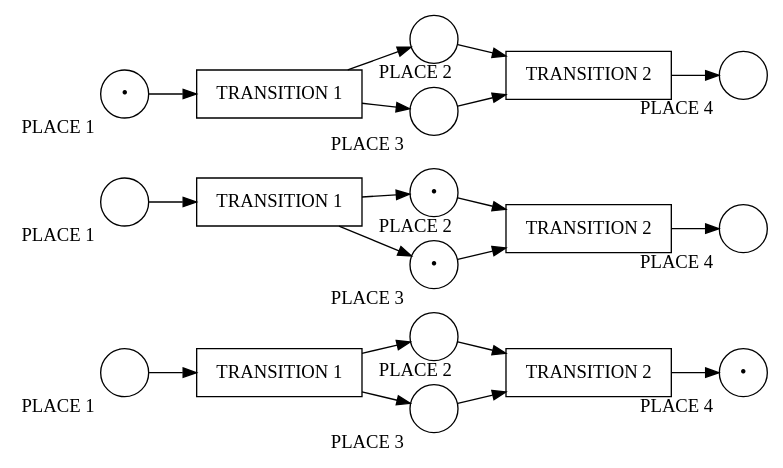
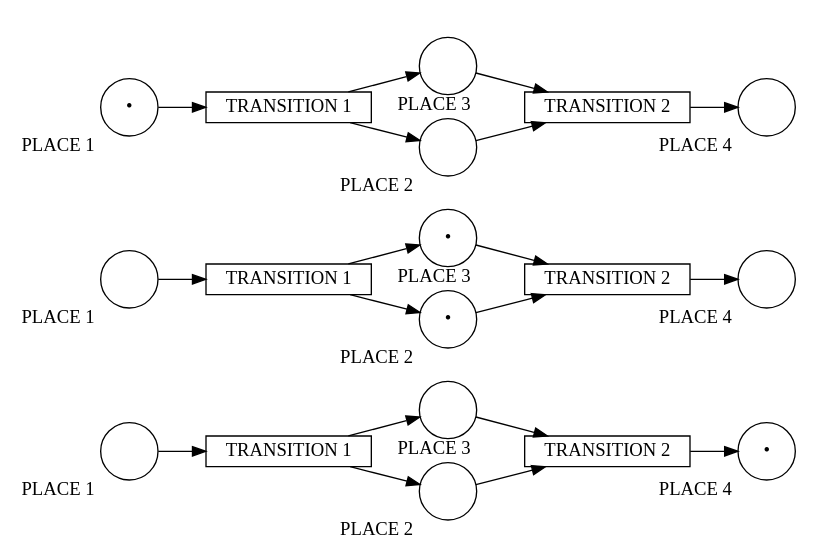
The diagram in dot/petri-net-transition-example.dot (hlisdero/thesis), drawn with Graphviz before and after one commit. The commit also changed 4 other files, not shown here.

```diff
--- a/dot/petri-net-transition-example.dot
+++ b/dot/petri-net-transition-example.dot
@@ -1,41 +1,59 @@
 digraph petrinet {
     rankdir="LR";
-    PLACE_1_A [shape="circle" xlabel="PLACE 1" label=""];
-    PLACE_2_A [shape="circle" xlabel="PLACE 2" label=""];
-    PLACE_3_A [shape="circle" xlabel="PLACE 3" label=""];
-    PLACE_4_A [shape="circle" xlabel="PLACE 4" label="•"];
-    TRANSITION_1_A [shape="box" xlabel="" label="TRANSITION 1"];
-    TRANSITION_2_A [shape="box" xlabel="" label="TRANSITION 2"];
-    PLACE_1_A -> TRANSITION_1_A;
-    TRANSITION_1_A -> PLACE_2_A;
-    TRANSITION_1_A -> PLACE_3_A;
-    PLACE_2_A -> TRANSITION_2_A;
-    PLACE_3_A -> TRANSITION_2_A;
-    TRANSITION_2_A -> PLACE_4_A;
-    
-    PLACE_1_B [shape="circle" xlabel="PLACE 1" label=""];
-    PLACE_2_B [shape="circle" xlabel="PLACE 2" label="•"];
-    PLACE_3_B [shape="circle" xlabel="PLACE 3" label="•"];
-    PLACE_4_B [shape="circle" xlabel="PLACE 4" label=""];
-    TRANSITION_1_B [shape="box" xlabel="" label="TRANSITION 1"];
-    TRANSITION_2_B [shape="box" xlabel="" label="TRANSITION 2"];
-    PLACE_1_B -> TRANSITION_1_B;
-    TRANSITION_1_B -> PLACE_2_B;
-    TRANSITION_1_B -> PLACE_3_B;
-    PLACE_2_B -> TRANSITION_2_B;
-    PLACE_3_B -> TRANSITION_2_B;
-    TRANSITION_2_B -> PLACE_4_B;
-    
-    PLACE_1_C [shape="circle" xlabel="PLACE 1" label="•"];
-    PLACE_2_C [shape="circle" xlabel="PLACE 2" label=""];
-    PLACE_3_C [shape="circle" xlabel="PLACE 3" label=""];
-    PLACE_4_C [shape="circle" xlabel="PLACE 4" label=""];
-    TRANSITION_1_C [shape="box" xlabel="" label="TRANSITION 1"];
-    TRANSITION_2_C [shape="box" xlabel="" label="TRANSITION 2"];
-    PLACE_1_C -> TRANSITION_1_C;
-    TRANSITION_1_C -> PLACE_2_C;
-    TRANSITION_1_C -> PLACE_3_C;
-    PLACE_2_C -> TRANSITION_2_C;
-    PLACE_3_C -> TRANSITION_2_C;
-    TRANSITION_2_C -> PLACE_4_C;
+    // Initial state
+    subgraph cluster_0 {
+        style="invis"
+        PLACE_1_A [width=0.6 shape="circle" xlabel="PLACE 1" label=""];
+        PLACE_2_A [width=0.6 shape="circle" xlabel="PLACE 2" label=""];
+        PLACE_3_A [width=0.6 shape="circle" xlabel="PLACE 3" label=""];
+        PLACE_4_A [width=0.6 shape="circle" xlabel="PLACE 4" label="•"];
+        
+        TRANSITION_1_A [height=0.1 shape="box" xlabel="" label="TRANSITION 1"];
+        TRANSITION_2_A [height=0.1 shape="box" xlabel="" label="TRANSITION 2"];
+        
+        PLACE_1_A -> TRANSITION_1_A;
+        TRANSITION_1_A -> PLACE_2_A;
+        TRANSITION_1_A -> PLACE_3_A;
+        PLACE_2_A -> TRANSITION_2_A;
+        PLACE_3_A -> TRANSITION_2_A;
+        TRANSITION_2_A -> PLACE_4_A;
+    }
+
+    // Medial state 
+    subgraph cluster_1 {
+        style="invis"
+        PLACE_1_B [width=0.6 shape="circle" xlabel="PLACE 1" label=""];
+        PLACE_2_B [width=0.6 shape="circle" xlabel="PLACE 2" label="•"];
+        PLACE_3_B [width=0.6 shape="circle" xlabel="PLACE 3" label="•"];
+        PLACE_4_B [width=0.6 shape="circle" xlabel="PLACE 4" label=""];
+        
+        TRANSITION_1_B [height=0.1 shape="box" xlabel="" label="TRANSITION 1"];
+        TRANSITION_2_B [height=0.1 shape="box" xlabel="" label="TRANSITION 2"];
+        PLACE_1_B -> TRANSITION_1_B;
+        
+        TRANSITION_1_B -> PLACE_2_B;
+        TRANSITION_1_B -> PLACE_3_B;
+        PLACE_2_B -> TRANSITION_2_B;
+        PLACE_3_B -> TRANSITION_2_B;
+        TRANSITION_2_B -> PLACE_4_B;
+    }
+
+    // Final state
+    subgraph cluster_2 {
+        style="invis"
+        PLACE_1_C [width=0.6 shape="circle" xlabel="PLACE 1" label="•"];
+        PLACE_2_C [width=0.6 shape="circle" xlabel="PLACE 2" label=""];
+        PLACE_3_C [width=0.6 shape="circle" xlabel="PLACE 3" label=""];
+        PLACE_4_C [width=0.6 shape="circle" xlabel="PLACE 4" label=""];
+        
+        TRANSITION_1_C [height=0.1 shape="box" xlabel="" label="TRANSITION 1"];
+        TRANSITION_2_C [height=0.1 shape="box" xlabel="" label="TRANSITION 2"];
+        
+        PLACE_1_C -> TRANSITION_1_C;
+        TRANSITION_1_C -> PLACE_2_C;
+        TRANSITION_1_C -> PLACE_3_C;
+        PLACE_2_C -> TRANSITION_2_C;
+        PLACE_3_C -> TRANSITION_2_C;
+        TRANSITION_2_C -> PLACE_4_C;
+    }
 }
```
